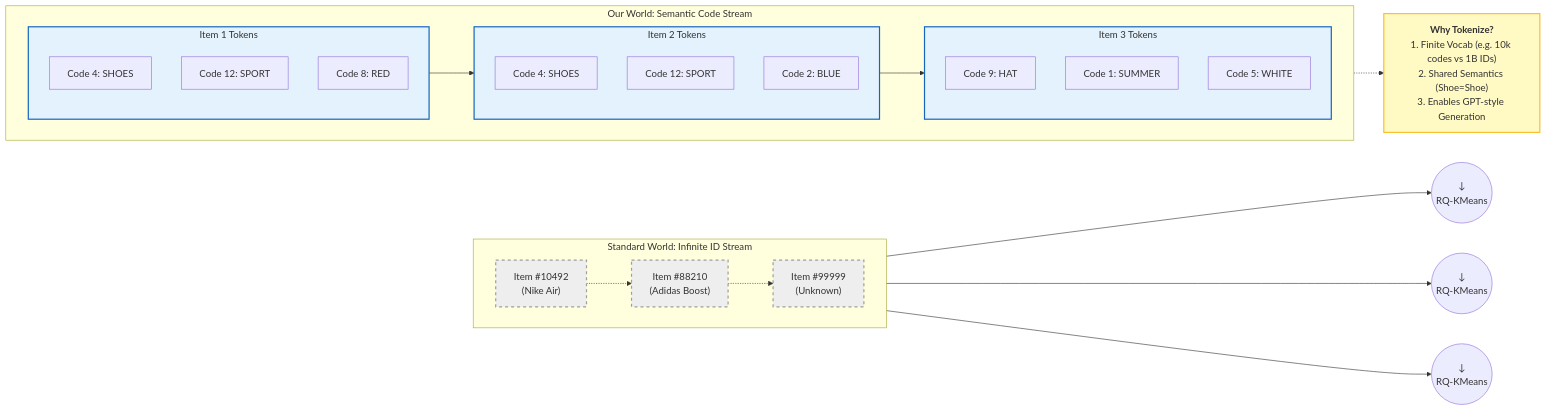
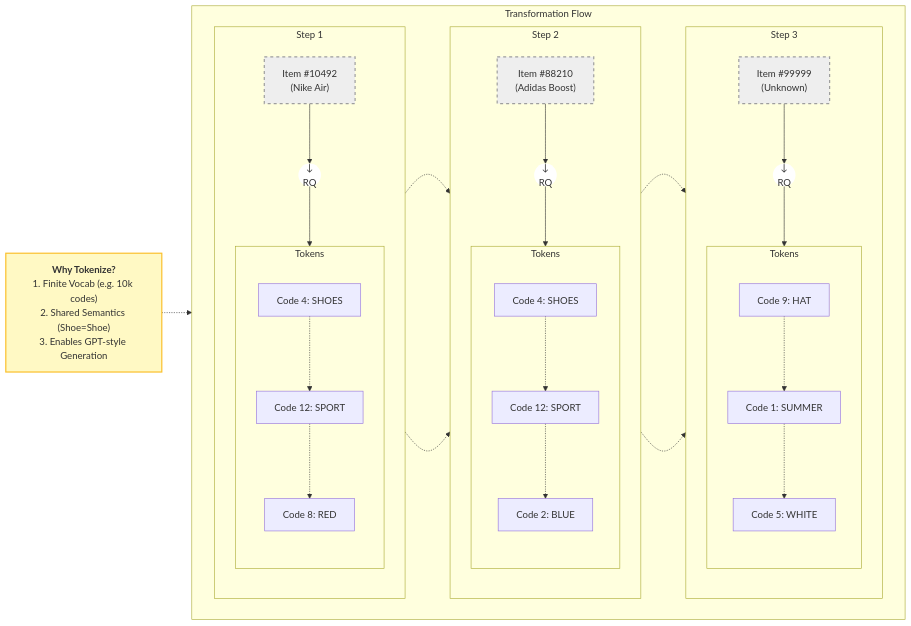
One commit to Jack31098/user_modeling_design changed the sixth of 7 diagrams in doc.markdown. Above: the diagram before and after it, drawn with Mermaid.

Commit message:
reformat

````diff
--- a/doc.markdown
+++ b/doc.markdown
@@ -666,61 +666,73 @@
 ```mermaid
 graph LR
     %% Styles
     classDef raw_item fill:#eeeeee,stroke:#9e9e9e,stroke-width:2px,stroke-dasharray: 5 5;
     classDef token_group fill:#e3f2fd,stroke:#1565c0,stroke-width:2px;
     classDef vocab_note fill:#fff9c4,stroke:#fbc02d,stroke-width:2px;
+    classDef trans_node fill:#fff,stroke:#000,stroke-width:0px;
 
-    %% 1. The Old World
-    subgraph Raw_World ["Standard World: Infinite ID Stream"]
+    %% Explanation
+    Note_Vocab["<b>Why Tokenize?</b><br>1. Finite Vocab (e.g. 10k codes)<br>2. Shared Semantics (Shoe=Shoe)<br>3. Enables GPT-style Generation"]:::vocab_note
+
+    %% Main Flow Container
+    subgraph Sequence_Flow [Transformation Flow]
         direction LR
-        ID1["Item #10492<br>(Nike Air)"]:::raw_item
-        ID2["Item #88210<br>(Adidas Boost)"]:::raw_item
-        ID3["Item #99999<br>(Unknown)"]:::raw_item
-        
+
+        %% ============ PAIR 1 ============
+        subgraph P1 [Step 1]
+            direction TB
+            ID1["Item #10492<br>(Nike Air)"]:::raw_item
+            Op1((&darr;<br>RQ)):::trans_node
+            
+            subgraph T1_Box [Tokens]
+                direction TB
+                C1_1["Code 4: SHOES"]
+                C1_2["Code 12: SPORT"]
+                C1_3["Code 8: RED"]
+            end
+            
+            ID1 --> Op1 --> C1_1
+            C1_1 -.-> C1_2 -.-> C1_3
+        end
+
+        %% ============ PAIR 2 ============
+        subgraph P2 [Step 2]
+            direction TB
+            ID2["Item #88210<br>(Adidas Boost)"]:::raw_item
+            Op2((&darr;<br>RQ)):::trans_node
+            
+            subgraph T2_Box [Tokens]
+                direction TB
+                C2_1["Code 4: SHOES"]
+                C2_2["Code 12: SPORT"]
+                C2_3["Code 2: BLUE"]
+            end
+            
+            ID2 --> Op2 --> C2_1
+            C2_1 -.-> C2_2 -.-> C2_3
+        end
+
+        %% ============ PAIR 3 ============
+        subgraph P3 [Step 3]
+            direction TB
+            ID3["Item #99999<br>(Unknown)"]:::raw_item
+            Op3((&darr;<br>RQ)):::trans_node
+            
+            subgraph T3_Box [Tokens]
+                direction TB
+                C3_1["Code 9: HAT"]
+                C3_2["Code 1: SUMMER"]
+                C3_3["Code 5: WHITE"]
+            end
+            
+            ID3 --> Op3 --> C3_1
+            C3_1 -.-> C3_2 -.-> C3_3
+        end
+
+        %% Horizontal Links between steps
         ID1 -.-> ID2 -.-> ID3
+        C1_2 -.-> C2_2 -.-> C3_2
     end
 
-    %% Transformation
-    Trans_Arrow1((&darr;<br>RQ-KMeans))
-    Trans_Arrow2((&darr;<br>RQ-KMeans))
-    Trans_Arrow3((&darr;<br>RQ-KMeans))
-    
-    ID1 --> Trans_Arrow1
-    ID2 --> Trans_Arrow2
-    ID3 --> Trans_Arrow3
-
-    %% 2. The New World
-    subgraph Token_World ["Our World: Semantic Code Stream"]
-        direction LR
-        
-        subgraph T1 ["Item 1 Tokens"]
-            direction TB
-            C1_1["Code 4: SHOES"]
-            C1_2["Code 12: SPORT"]
-            C1_3["Code 8: RED"]
-        end
-        
-        subgraph T2 ["Item 2 Tokens"]
-            direction TB
-            C2_1["Code 4: SHOES"]
-            C2_2["Code 12: SPORT"]
-            C2_3["Code 2: BLUE"]
-        end
-        
-        subgraph T3 ["Item 3 Tokens"]
-            direction TB
-            C3_1["Code 9: HAT"]
-            C3_2["Code 1: SUMMER"]
-            C3_3["Code 5: WHITE"]
-        end
-
-        T1 --> T2 --> T3
-    end
-
-    %% Explanation
-    Note_Vocab["<b>Why Tokenize?</b><br>1. Finite Vocab (e.g. 10k codes vs 1B IDs)<br>2. Shared Semantics (Shoe=Shoe)<br>3. Enables GPT-style Generation"]:::vocab_note
-
-    Token_World -.-> Note_Vocab
-
-    class T1,T2,T3 token_group
+    Note_Vocab -.-> Sequence_Flow
 ```
````
